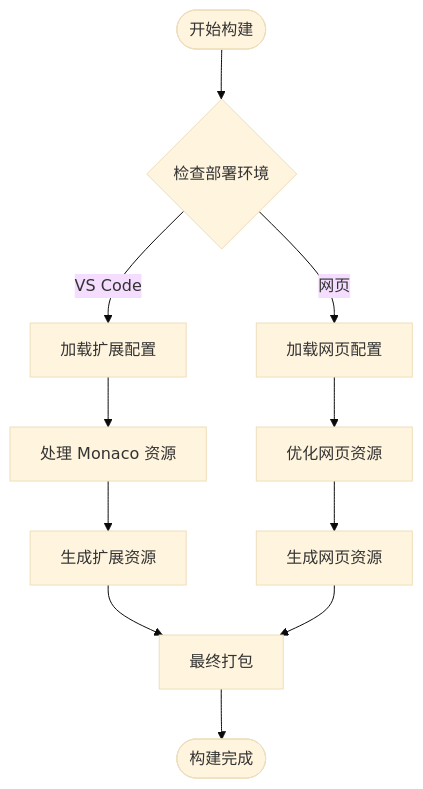
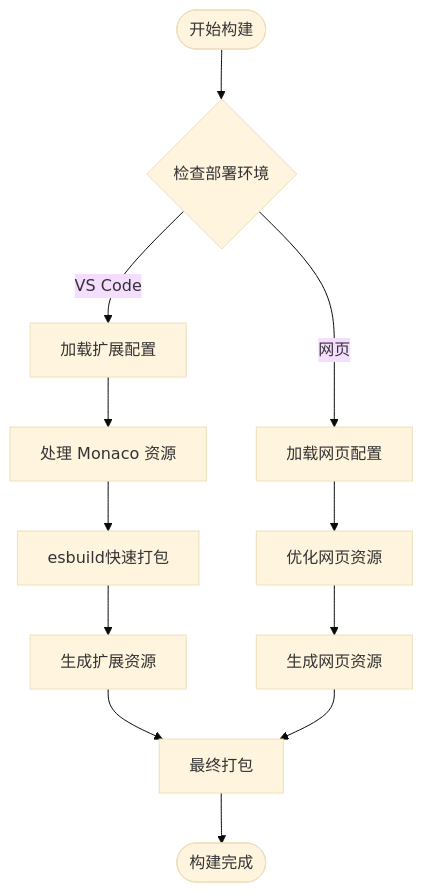
One commit to meiok1/wysjson changed the third of 6 diagrams in .qoder/repowiki/zh/content/开发者指南/构建和部署.md. Above: the diagram before and after it, drawn with Mermaid (base theme). The commit also changed other lines of this file and 9 other files, not shown here.

````diff
--- a/.qoder/repowiki/zh/content/开发者指南/构建和部署.md
+++ b/.qoder/repowiki/zh/content/开发者指南/构建和部署.md
@@ -189,13 +197,14 @@
 ```mermaid
 flowchart TD
 Start(["开始构建"]) --> CheckEnv{"检查部署环境"}
 CheckEnv --> |VS Code| VSConfig["加载扩展配置"]
 CheckEnv --> |网页| WebConfig["加载网页配置"]
 VSConfig --> Monaco["处理 Monaco 资源"]
-Monaco --> VSBuild["生成扩展资源"]
+Monaco --> ESBuild["esbuild快速打包"]
+ESBuild --> VSBuild["生成扩展资源"]
 WebConfig --> WebOptimize["优化网页资源"]
 WebOptimize --> WebBuild["生成网页资源"]
 VSBuild --> Finalize["最终打包"]
 WebBuild --> Finalize
 Finalize --> End(["构建完成"])
 ```
````
